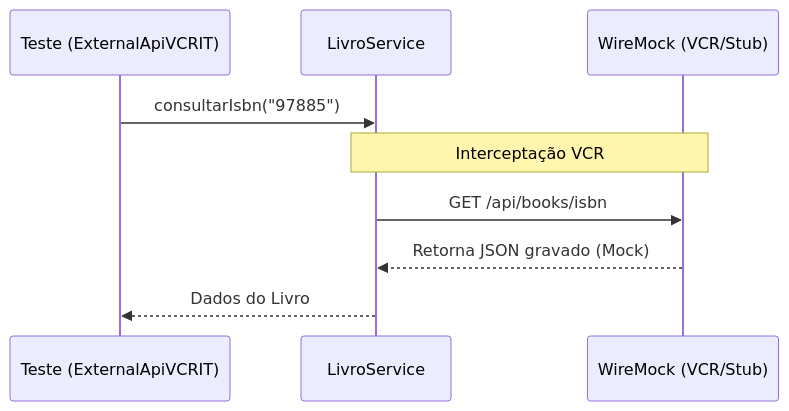
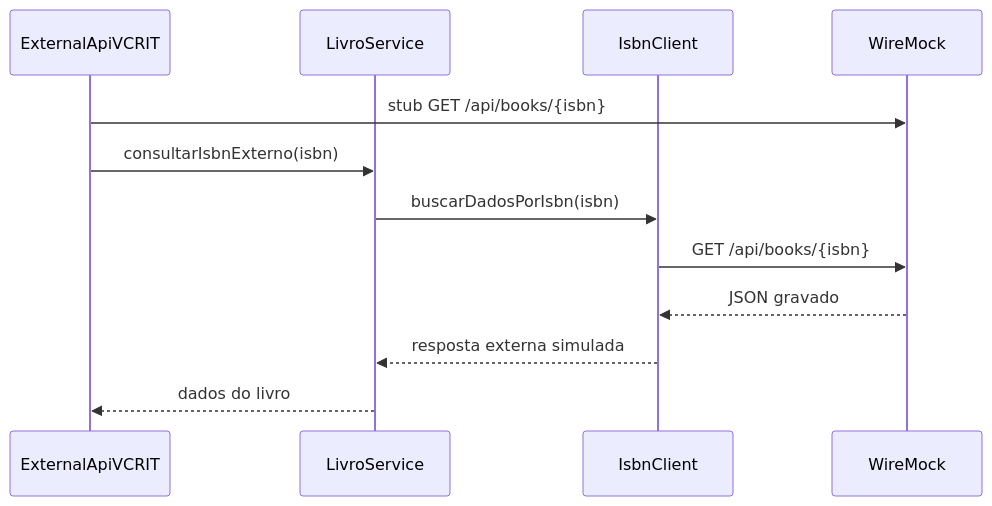
One commit to rafalima1907/gerenciador_bibliotecas changed the fifth of 5 diagrams in RTM.md. Above: the diagram before and after it, drawn with Mermaid. The commit also changed other lines of this file and 5 other files, not shown here.

````diff
--- a/RTM.md
+++ b/RTM.md
@@ -50,12 +123,15 @@
 ```mermaid
 sequenceDiagram
-    participant T as Teste (ExternalApiVCRIT)
+    participant T as ExternalApiVCRIT
     participant S as LivroService
-    participant V as WireMock (VCR/Stub)
+    participant I as IsbnClient
+    participant W as WireMock
 
-    T->>S: consultarIsbn("97885")
-    Note over S, V: Interceptação VCR
-    S->>V: GET /api/books/isbn
-    V-->>S: Retorna JSON gravado (Mock)
-    S-->>T: Dados do Livro
+    T->>W: stub GET /api/books/{isbn}
+    T->>S: consultarIsbnExterno(isbn)
+    S->>I: buscarDadosPorIsbn(isbn)
+    I->>W: GET /api/books/{isbn}
+    W-->>I: JSON gravado
+    I-->>S: resposta externa simulada
+    S-->>T: dados do livro
 ```
````
